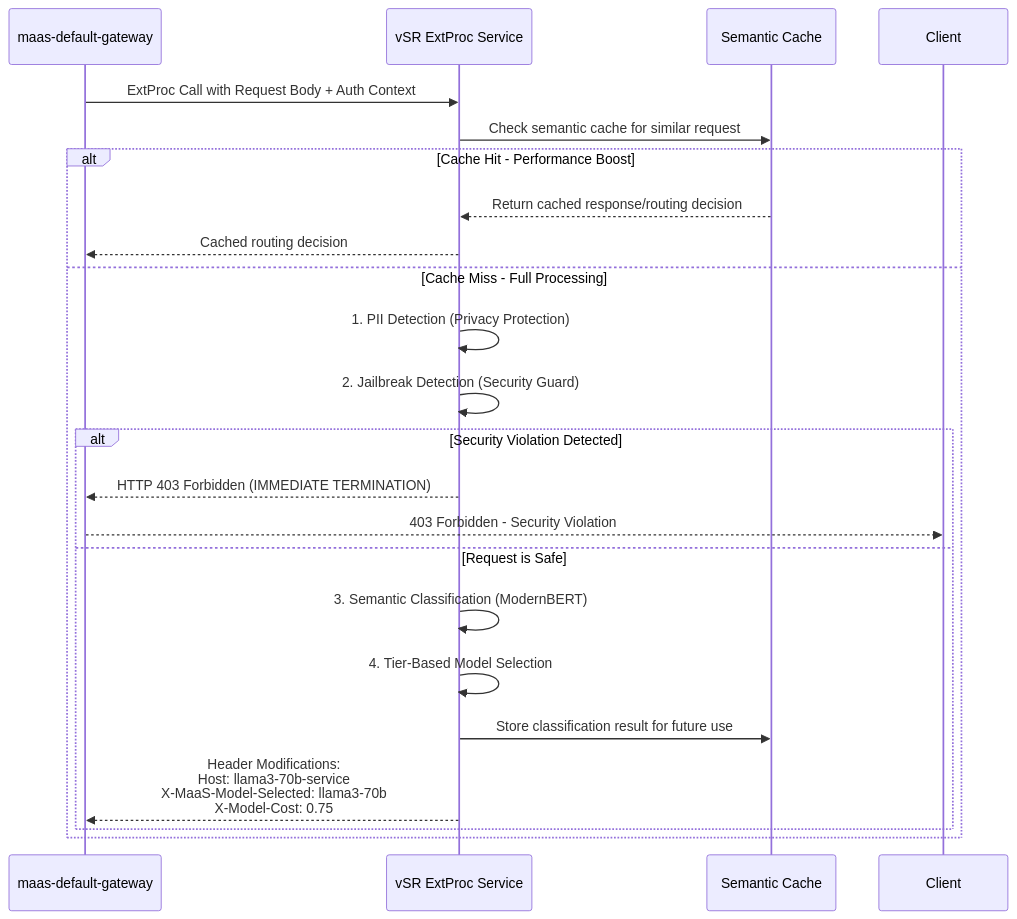
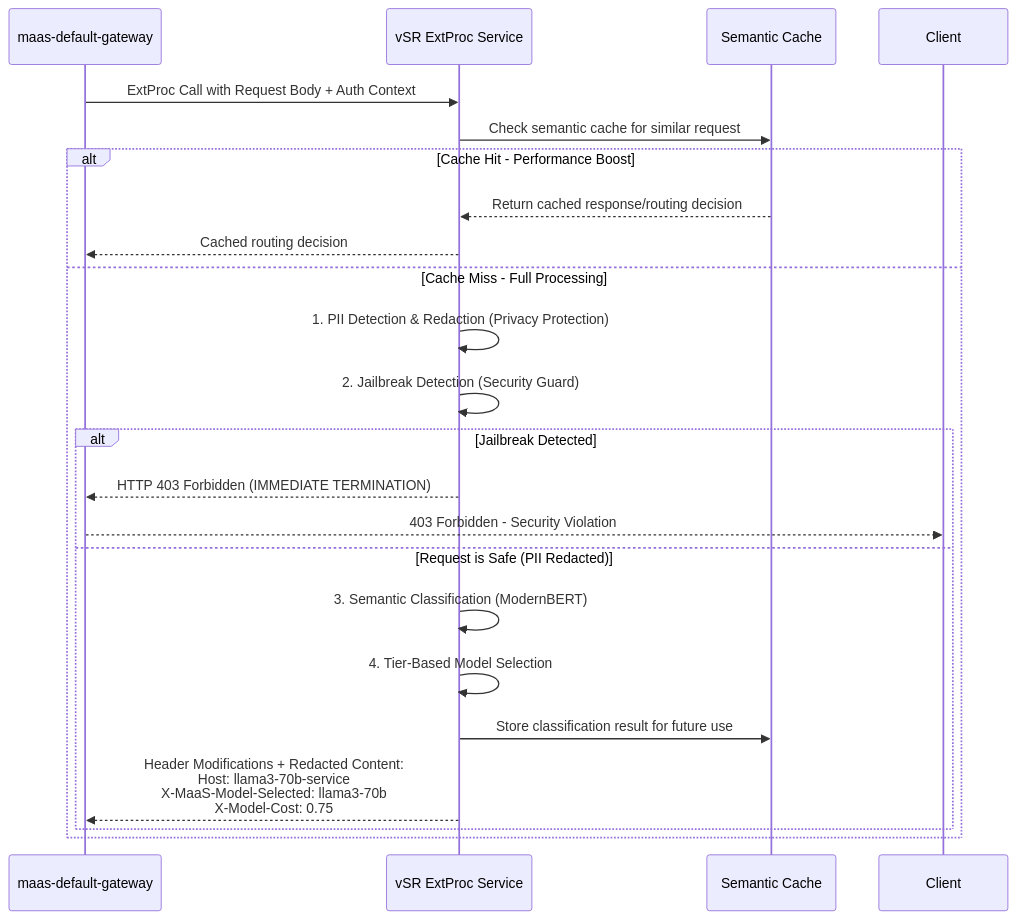
Before and after one commit to noyitz/maas-billing: the tenth of 13 diagrams in docs/designs/vSR-Integration/README.md, drawn with Mermaid. The commit also changed other lines of this file, not shown here.

Commit message:
Update PII handling to use redaction instead of blocking
- Changed PII detection to mask/redact sensitive data rather than block requests
- Only jailbreak detection blocks with HTTP 403
- Updated sequence diagram and implementation requirements
- More practical approach for user experience while maintaining privacy

🤖 Generated with [Claude Code](https://claude.ai/code)

````diff
--- a/docs/designs/vSR-Integration/README.md
+++ b/docs/designs/vSR-Integration/README.md
@@ -395,28 +395,28 @@
 ```mermaid
 sequenceDiagram
     participant Gateway as maas-default-gateway
     participant vSR as vSR ExtProc Service
     participant Cache as Semantic Cache
     participant Client
     
     Gateway->>vSR: ExtProc Call with Request Body + Auth Context
     vSR->>Cache: Check semantic cache for similar request
     
     alt Cache Hit - Performance Boost
         Cache-->>vSR: Return cached response/routing decision
         vSR-->>Gateway: Cached routing decision
     else Cache Miss - Full Processing
-        vSR->>vSR: 1. PII Detection (Privacy Protection)
+        vSR->>vSR: 1. PII Detection & Redaction (Privacy Protection)
         vSR->>vSR: 2. Jailbreak Detection (Security Guard)
         
-        alt Security Violation Detected
+        alt Jailbreak Detected
             vSR-->>Gateway: HTTP 403 Forbidden (IMMEDIATE TERMINATION)
             Gateway-->>Client: 403 Forbidden - Security Violation
-        else Request is Safe
+        else Request is Safe (PII Redacted)
             vSR->>vSR: 3. Semantic Classification (ModernBERT)
             vSR->>vSR: 4. Tier-Based Model Selection
             vSR->>Cache: Store classification result for future use
-            vSR-->>Gateway: Header Modifications:<br/>Host: llama3-70b-service<br/>X-MaaS-Model-Selected: llama3-70b<br/>X-Model-Cost: 0.75
+            vSR-->>Gateway: Header Modifications + Redacted Content:<br/>Host: llama3-70b-service<br/>X-MaaS-Model-Selected: llama3-70b<br/>X-Model-Cost: 0.75
         end
     end
 ```
````
